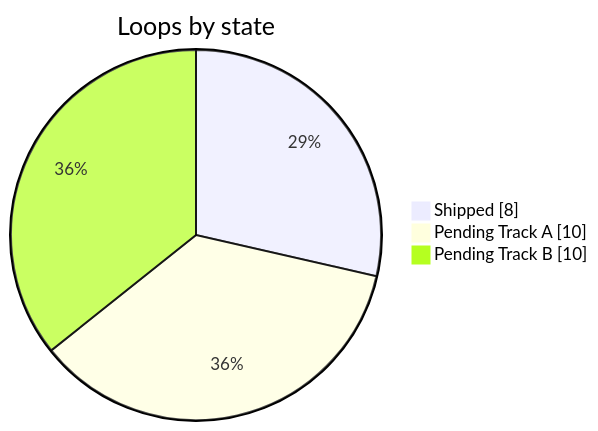
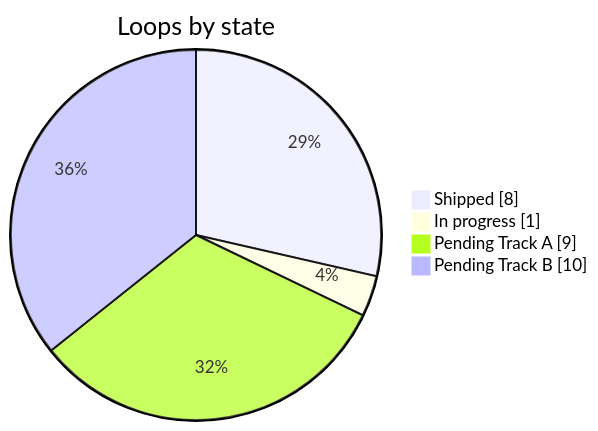
One commit to ivangarciafilho/DNDSheet changed the first of 2 diagrams in docs/roadmap/DNDSheet-Implementation-Backlog.md. Above: the diagram before and after it, drawn with Mermaid. The commit also changed other lines of this file and 2 other files, not shown here.

````diff
--- a/docs/roadmap/DNDSheet-Implementation-Backlog.md
+++ b/docs/roadmap/DNDSheet-Implementation-Backlog.md
@@ -54,7 +54,8 @@
 ```mermaid
 pie showData
   title Loops by state
   "Shipped" : 8
-  "Pending Track A" : 10
+  "In progress" : 1
+  "Pending Track A" : 9
   "Pending Track B" : 10
 ```
````
